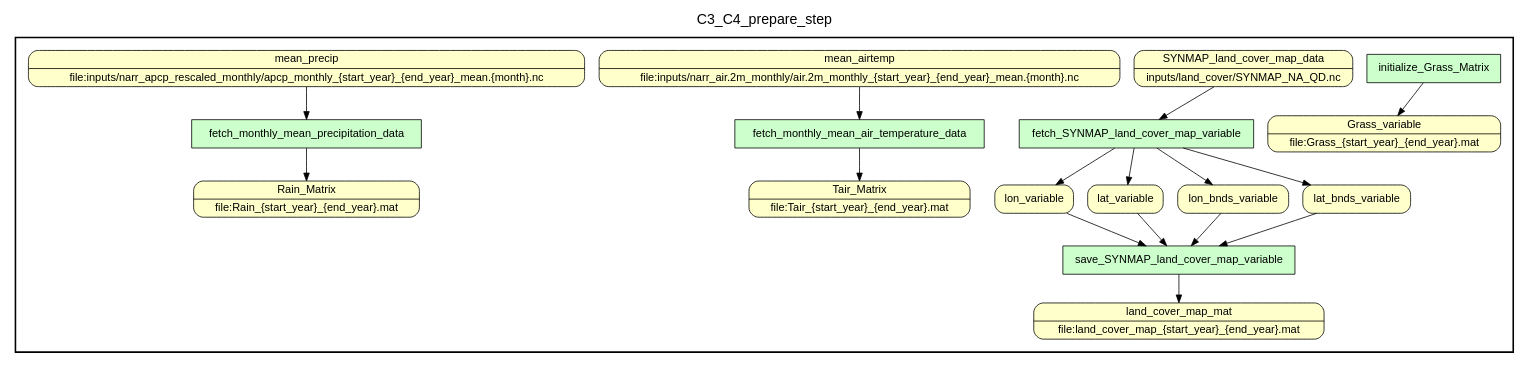
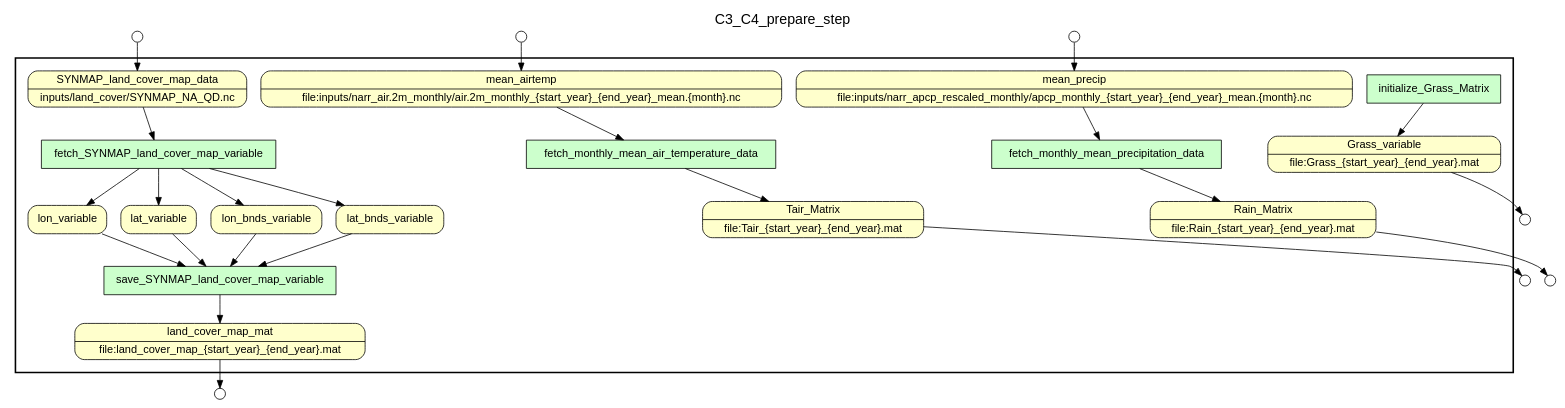
One commit to sycao5/runManager-multipleRuns changed the diagram in examples/C3C4/prepare_step.gv. Above: the diagram before and after it, drawn with Graphviz. The commit also changed other lines of this file and 10 other files, not shown here.

Commit message:
Fix bugs in the 3 smaller C3C4 scripts and their yw graphs; upload db for record the runs

```diff
--- a/examples/C3C4/prepare_step.gv
+++ b/examples/C3C4/prepare_step.gv
@@ -1,61 +1,94 @@
 
 /* Start of top-level graph */
 digraph Workflow {
 rankdir=TB
 
 /* Title for graph */
 fontname=Helvetica; fontsize=18; labelloc=t
 label=C3_C4_prepare_step
 
 /* Start of double cluster for drawing box around nodes in workflow */
 subgraph cluster_workflow_box_outer { label=""; color=black; penwidth=2
 subgraph cluster_workflow_box_inner { label=""; penwidth=0
 
 /* Style for nodes representing atomic programs in workflow */
 node[shape=box style=filled fillcolor="#CCFFCC" peripheries=1 fontname=Helvetica]
 
 /* Nodes representing atomic programs in workflow */
 fetch_SYNMAP_land_cover_map_variable
 save_SYNMAP_land_cover_map_variable
 fetch_monthly_mean_air_temperature_data
 fetch_monthly_mean_precipitation_data
 initialize_Grass_Matrix
 
 /* Style for nodes representing non-parameter data channels in workflow */
 node[shape=box style="rounded,filled" fillcolor="#FFFFCC" peripheries=1 fontname=Helvetica]
 
-/* Nodes representing non-parameter data channels in workflow */
+/* Nodes for non-parameter data channels in workflow */
 Tair_Matrix [shape=record rankdir=LR label="{<f0> Tair_Matrix |<f1> file\:Tair_\{start_year\}_\{end_year\}.mat}"];
 Rain_Matrix [shape=record rankdir=LR label="{<f0> Rain_Matrix |<f1> file\:Rain_\{start_year\}_\{end_year\}.mat}"];
 Grass_variable [shape=record rankdir=LR label="{<f0> Grass_variable |<f1> file\:Grass_\{start_year\}_\{end_year\}.mat}"];
 land_cover_map_mat [shape=record rankdir=LR label="{<f0> land_cover_map_mat |<f1> file\:land_cover_map_\{start_year\}_\{end_year\}.mat}"];
 SYNMAP_land_cover_map_data [shape=record rankdir=LR label="{<f0> SYNMAP_land_cover_map_data |<f1> inputs/land_cover/SYNMAP_NA_QD.nc}"];
 lon_variable
 lat_variable
 lon_bnds_variable
 lat_bnds_variable
 mean_airtemp [shape=record rankdir=LR label="{<f0> mean_airtemp |<f1> file\:inputs/narr_air.2m_monthly/air.2m_monthly_\{start_year\}_\{end_year\}_mean.\{month\}.nc}"];
 mean_precip [shape=record rankdir=LR label="{<f0> mean_precip |<f1> file\:inputs/narr_apcp_rescaled_monthly/apcp_monthly_\{start_year\}_\{end_year\}_mean.\{month\}.nc}"];
+
+/* Style for nodes representing parameter channels in workflow */
+node[shape=box style="rounded,filled" fillcolor="#FCFCFC" peripheries=1 fontname=Helvetica]
+
+/* Nodes representing parameter channels in workflow */
 
 /* Edges representing connections between programs and channels */
 fetch_SYNMAP_land_cover_map_variable -> lon_variable
 fetch_SYNMAP_land_cover_map_variable -> lat_variable
 fetch_SYNMAP_land_cover_map_variable -> lon_bnds_variable
 fetch_SYNMAP_land_cover_map_variable -> lat_bnds_variable
 SYNMAP_land_cover_map_data -> fetch_SYNMAP_land_cover_map_variable
 save_SYNMAP_land_cover_map_variable -> land_cover_map_mat
 lon_variable -> save_SYNMAP_land_cover_map_variable
 lat_variable -> save_SYNMAP_land_cover_map_variable
 lon_bnds_variable -> save_SYNMAP_land_cover_map_variable
 lat_bnds_variable -> save_SYNMAP_land_cover_map_variable
 fetch_monthly_mean_air_temperature_data -> Tair_Matrix
 mean_airtemp -> fetch_monthly_mean_air_temperature_data
 fetch_monthly_mean_precipitation_data -> Rain_Matrix
 mean_precip -> fetch_monthly_mean_precipitation_data
 initialize_Grass_Matrix -> Grass_variable
 
 /* End of double cluster for drawing box around nodes in workflow */
 }}
 
+/* Style for nodes representing workflow input ports */
+node[shape=circle style="rounded,filled" fillcolor="#FFFFFF" peripheries=1 fontname=Helvetica width=0.2]
+
+/* Nodes representing workflow input ports */
+SYNMAP_land_cover_map_data_input_port [label=""]
+mean_airtemp_input_port [label=""]
+mean_precip_input_port [label=""]
+
+/* Style for nodes representing workflow output ports */
+node[shape=circle style="rounded,filled" fillcolor="#FFFFFF" peripheries=1 fontname=Helvetica width=0.2]
+
+/* Nodes representing workflow output ports */
+Tair_Matrix_output_port [label=""]
+Rain_Matrix_output_port [label=""]
+Grass_variable_output_port [label=""]
+land_cover_map_mat_output_port [label=""]
+
+/* Edges from input ports to channels */
+SYNMAP_land_cover_map_data_input_port -> SYNMAP_land_cover_map_data
+mean_airtemp_input_port -> mean_airtemp
+mean_precip_input_port -> mean_precip
+
+/* Edges from channels to output ports */
+Tair_Matrix -> Tair_Matrix_output_port
+Rain_Matrix -> Rain_Matrix_output_port
+Grass_variable -> Grass_variable_output_port
+land_cover_map_mat -> land_cover_map_mat_output_port
+
 /* End of top-level graph */
 }
```
